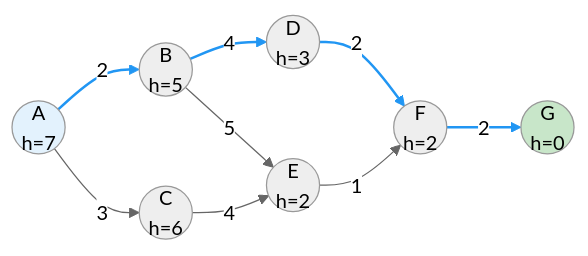
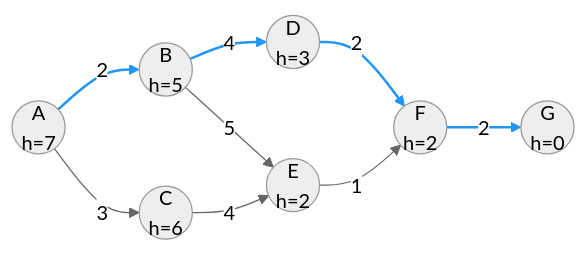
One commit to antonprafanto/dasarAI2026 changed the tenth of 12 diagrams in bab-04-pencarian.md. Above: the diagram before and after it, drawn with Mermaid (neutral theme). The commit also changed other lines of this file and 8 other files, not shown here.

Commit message:
Fix: Remove custom Mermaid styling for better dark mode visibility

````diff
--- a/bab-04-pencarian.md
+++ b/bab-04-pencarian.md
@@ -582,19 +550,16 @@
 ```mermaid
 graph LR
     A((A<br/>h=7)) --2--> B((B<br/>h=5))
     A --3--> C((C<br/>h=6))
     B --4--> D((D<br/>h=3))
     B --5--> E((E<br/>h=2))
     C --4--> E
     E --1--> F((F<br/>h=2))
     D --2--> F
     F --2--> G((G<br/>h=0))
 
     linkStyle 0 stroke:#2196f3,stroke-width:2px;
     linkStyle 2 stroke:#2196f3,stroke-width:2px;
     linkStyle 6 stroke:#2196f3,stroke-width:2px;
     linkStyle 7 stroke:#2196f3,stroke-width:2px;
-
-    style A fill:#e3f2fd
-    style G fill:#c8e6c9
 ```
````
